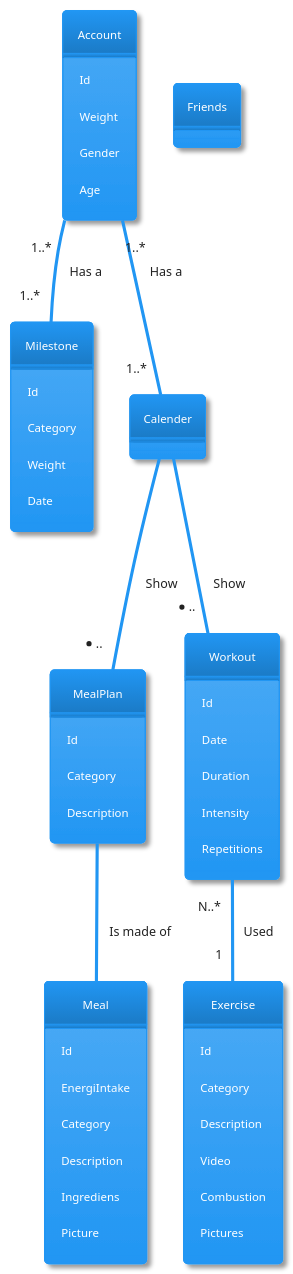
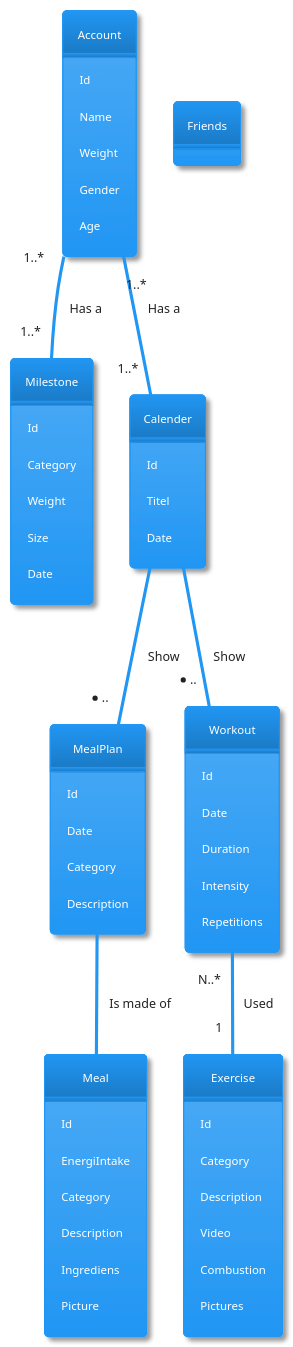
Before and after one commit to MartinStokholm/PRJ4_Repo: the second of 2 diagrams in UML/PlanUML/Nouns.md, drawn with PlantUML. The commit also changed other lines of this file, not shown here.

```diff
--- a/UML/PlanUML/Nouns.md
+++ b/UML/PlanUML/Nouns.md
@@ -266,12 +270,14 @@
     Id
     Category
     Weight
+    Size
     Date
 }
 
 
 class MealPlan {
     Id
+    Date
     Category
     Description
 }
@@ -279,6 +285,7 @@
 
 class Account {
     Id
+    Name
     Weight
     Gender
     Age
@@ -295,6 +302,9 @@
 }
 
 class Calender {
+    Id
+    Titel
+    Date
 }
 
 Class Workout{
```
